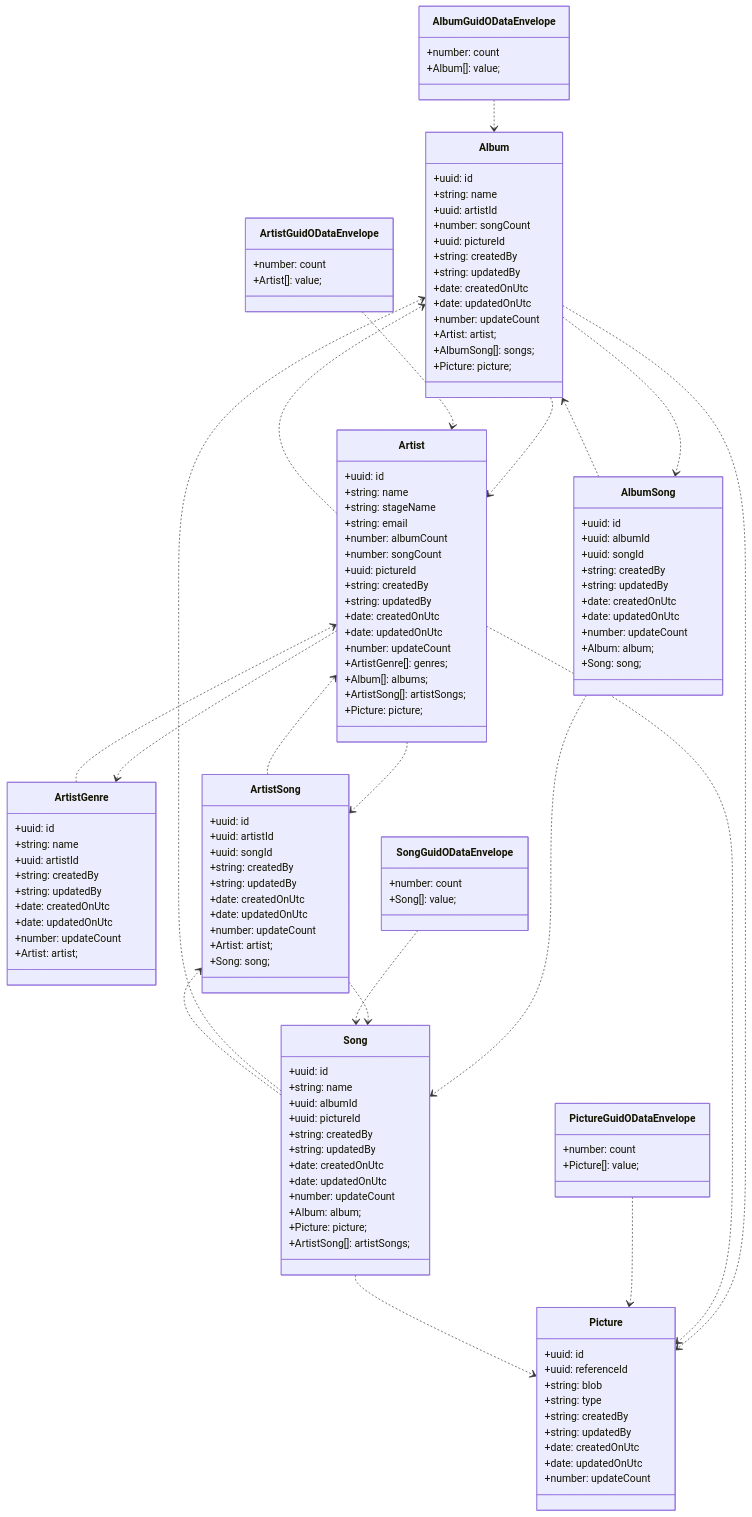
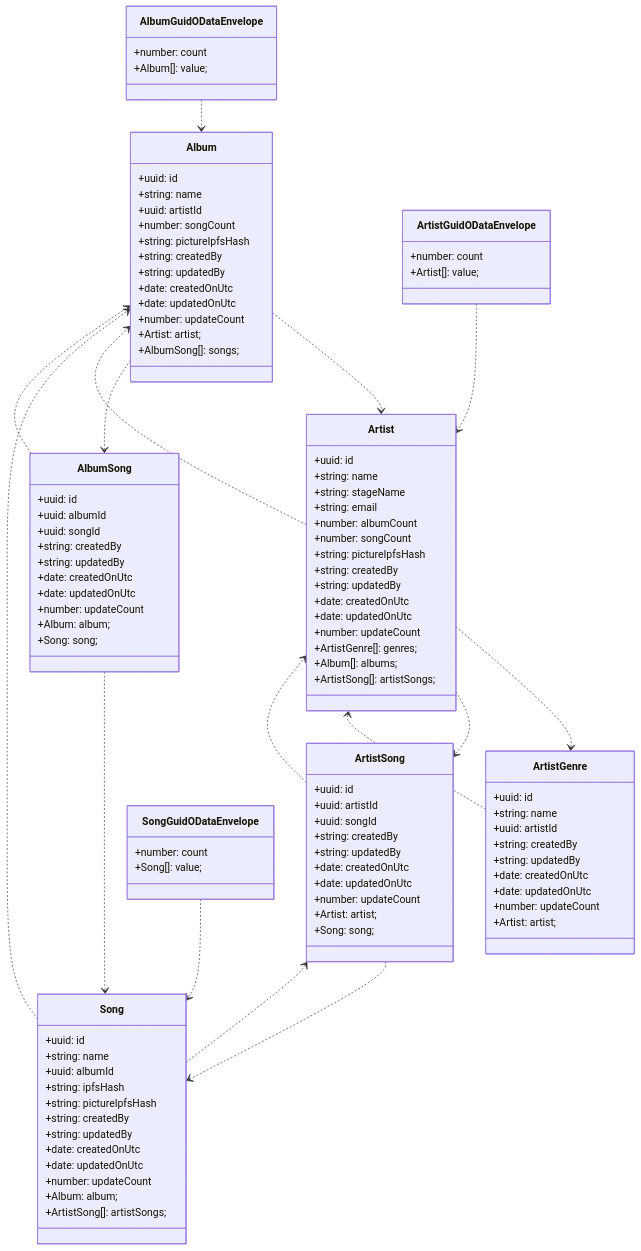
The diagram in docs/artists-odata/class-diagram.md (ikemtz/ITEC5905), drawn with Mermaid before and after one commit. The commit also changed 41 other files, not shown here.

```diff
--- a/docs/artists-odata/class-diagram.md
+++ b/docs/artists-odata/class-diagram.md
@@ -3,21 +3,17 @@
 
   Album ..> Artist
   Album ..> AlbumSong
-  Album ..> Picture
   AlbumGuidODataEnvelope ..> Album
   AlbumSong ..> Album
   AlbumSong ..> Song
   Artist ..> ArtistGenre
   Artist ..> Album
   Artist ..> ArtistSong
-  Artist ..> Picture
   ArtistGenre ..> Artist
   ArtistGuidODataEnvelope ..> Artist
   ArtistSong ..> Artist
   ArtistSong ..> Song
-  PictureGuidODataEnvelope ..> Picture
   Song ..> Album
-  Song ..> Picture
   Song ..> ArtistSong
   SongGuidODataEnvelope ..> Song
 
@@ -26,7 +22,7 @@
     +string: name
     +uuid: artistId
     +number: songCount
-    +uuid: pictureId
+    +string: pictureIpfsHash
     +string: createdBy
     +string: updatedBy
     +date: createdOnUtc
@@ -34,7 +30,6 @@
     +number: updateCount
     +Artist: artist;
     +AlbumSong[]: songs;
-    +Picture: picture;
   }
   class AlbumGuidODataEnvelope{
     +number: count
@@ -59,7 +54,7 @@
     +string: email
     +number: albumCount
     +number: songCount
-    +uuid: pictureId
+    +string: pictureIpfsHash
     +string: createdBy
     +string: updatedBy
     +date: createdOnUtc
@@ -68,7 +63,6 @@
     +ArtistGenre[]: genres;
     +Album[]: albums;
     +ArtistSong[]: artistSongs;
-    +Picture: picture;
   }
   class ArtistGenre{
     +uuid: id
@@ -97,33 +91,18 @@
     +Artist: artist;
     +Song: song;
   }
-  class Picture{
-    +uuid: id
-    +uuid: referenceId
-    +string: blob
-    +string: type
-    +string: createdBy
-    +string: updatedBy
-    +date: createdOnUtc
-    +date: updatedOnUtc
-    +number: updateCount
-  }
-  class PictureGuidODataEnvelope{
-    +number: count
-    +Picture[]: value;
-  }
   class Song{
     +uuid: id
     +string: name
     +uuid: albumId
-    +uuid: pictureId
+    +string: ipfsHash
+    +string: pictureIpfsHash
     +string: createdBy
     +string: updatedBy
     +date: createdOnUtc
     +date: updatedOnUtc
     +number: updateCount
     +Album: album;
-    +Picture: picture;
     +ArtistSong[]: artistSongs;
   }
   class SongGuidODataEnvelope{
```
